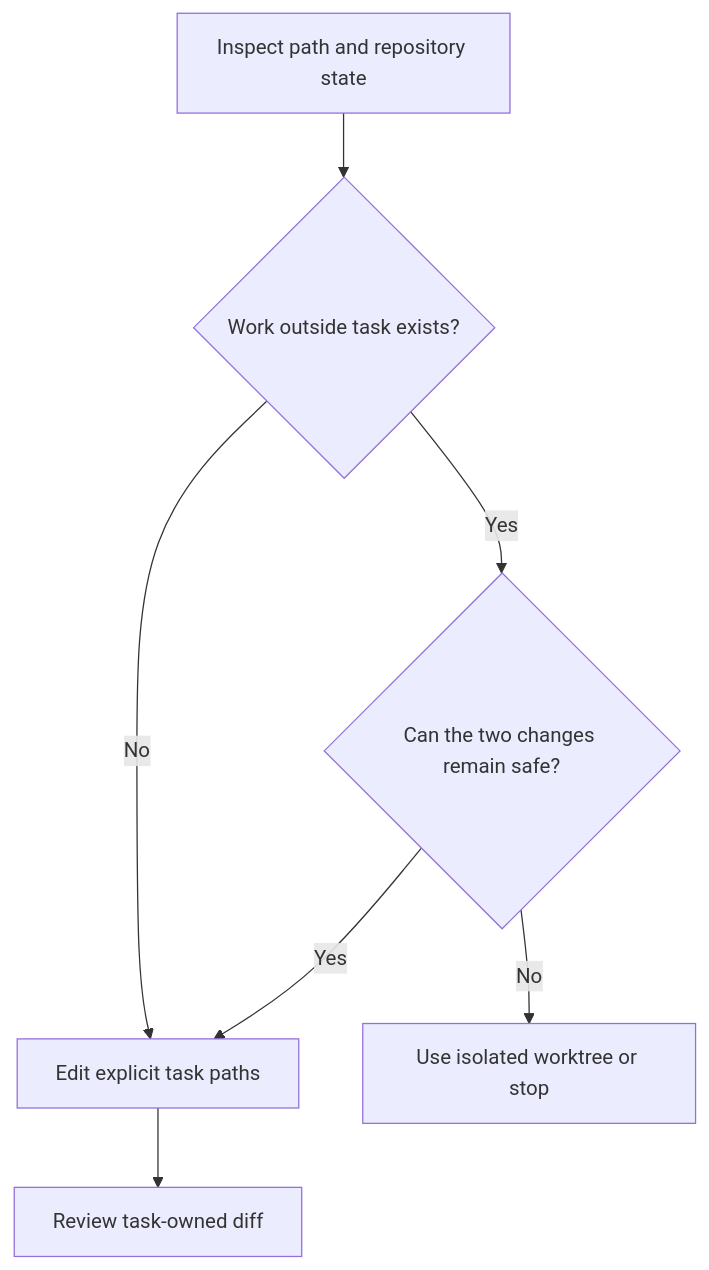
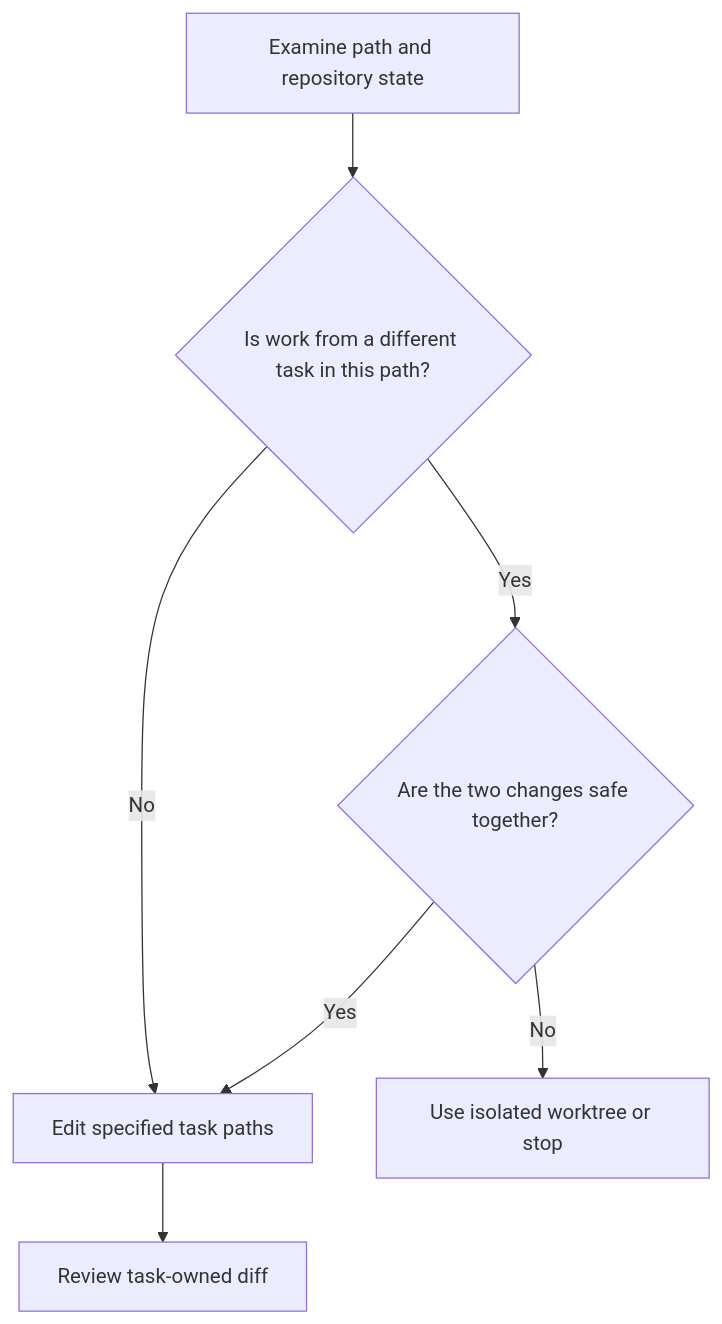
One commit to HomericIntelligence/Athena changed the diagram in docs/principles/details/p066-preserve-existing-work.md. Above: the diagram before and after it, drawn with Mermaid. The commit also changed other lines of this file and 91 other files, not shown here.

````diff
--- a/docs/principles/details/p066-preserve-existing-work.md
+++ b/docs/principles/details/p066-preserve-existing-work.md
@@ -34,9 +35,9 @@
 ```mermaid
 flowchart TD
-    A["Inspect path and repository state"] --> B{"Work outside task exists?"}
-    B -- "No" --> C["Edit explicit task paths"]
-    B -- "Yes" --> D{"Can the two changes remain safe?"}
+    A["Examine path and repository state"] --> B{"Is work from a different task in this path?"}
+    B -- "No" --> C["Edit specified task paths"]
+    B -- "Yes" --> D{"Are the two changes safe together?"}
     D -- "Yes" --> C
     D -- "No" --> E["Use isolated worktree or stop"]
     C --> F["Review task-owned diff"]
 ```
````
